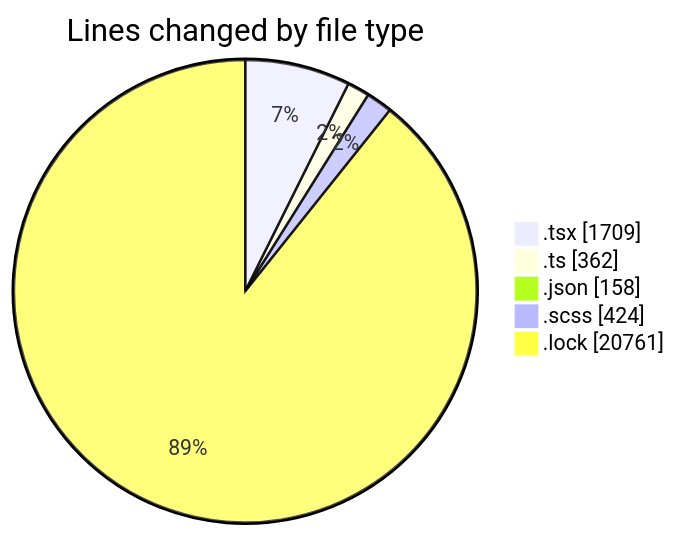
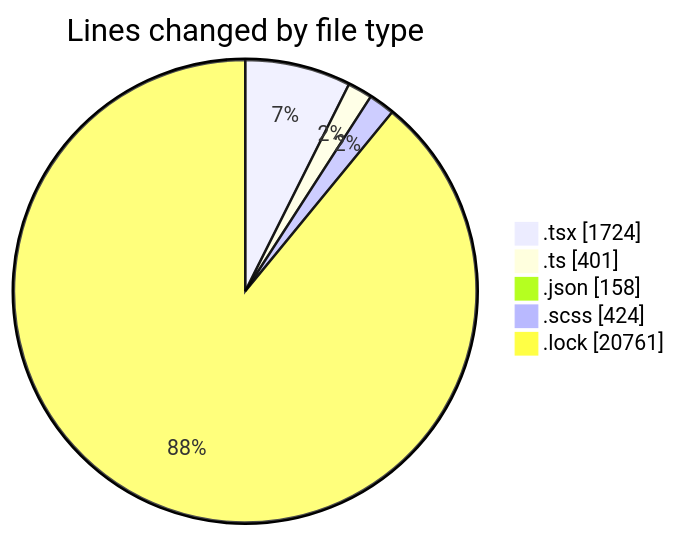
Before and after one commit to momahboobian/code-tracking: the first of 2 diagrams in 2025-04-29/cda/README.md, drawn with Mermaid. The commit also changed other lines of this file and 1 other file, not shown here.

````diff
--- a/2025-04-29/cda/README.md
+++ b/2025-04-29/cda/README.md
@@ -42,9 +43,9 @@
 ```mermaid
 pie showData
 title Lines changed by file type
-".tsx" : 1709
-".ts" : 362
+".tsx" : 1724
+".ts" : 401
 ".json" : 158
 ".scss" : 424
 ".lock" : 20761
 ```
````
